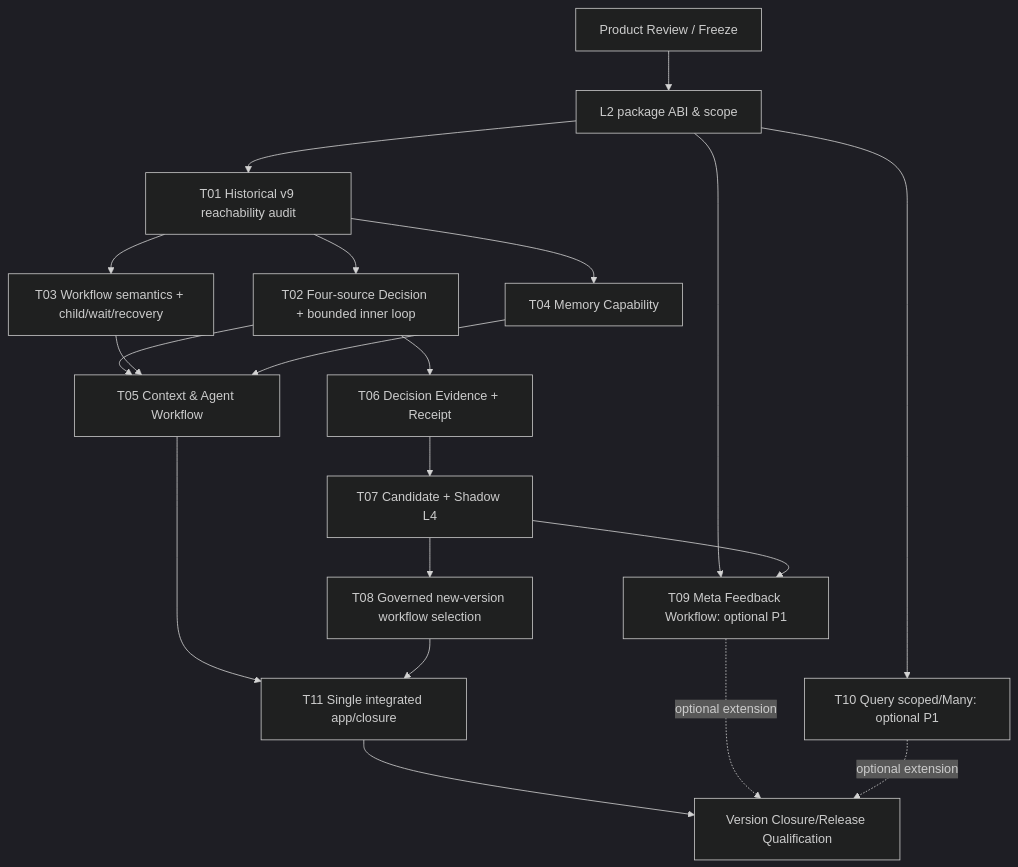
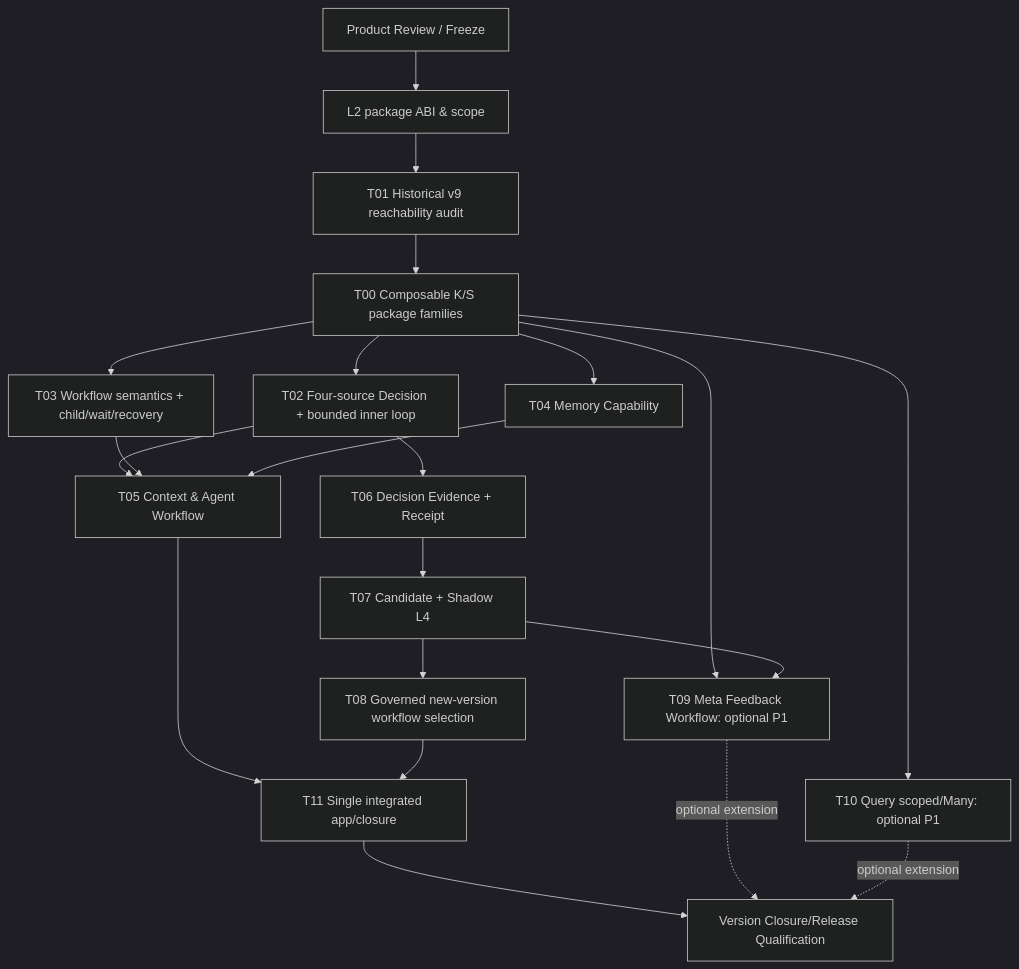
Before and after one commit to kaicreator-mm/domain-harness: the diagram in docs/implementation/DomainHarness_v0.10_TASK_DAG_PROPOSAL.md, drawn with Mermaid (dark theme). The commit also changed other lines of this file, not shown here.

````diff
--- a/docs/implementation/DomainHarness_v0.10_TASK_DAG_PROPOSAL.md
+++ b/docs/implementation/DomainHarness_v0.10_TASK_DAG_PROPOSAL.md
@@ -9,22 +9,23 @@
 ```mermaid
 flowchart TD
   P[Product Review / Freeze] --> A[L2 package ABI & scope]
   A --> B[T01 Historical v9 reachability audit]
-  B --> C[T02 Four-source Decision + bounded inner loop]
-  B --> D[T03 Workflow semantics + child/wait/recovery]
-  B --> E[T04 Memory Capability]
+  B --> Z[T00 Composable K/S package families]
+  Z --> C[T02 Four-source Decision + bounded inner loop]
+  Z --> D[T03 Workflow semantics + child/wait/recovery]
+  Z --> E[T04 Memory Capability]
   C --> F[T05 Context & Agent Workflow]
   D --> F
   E --> F
   C --> G[T06 Decision Evidence + Receipt]
   G --> H[T07 Candidate + Shadow L4]
   H --> I[T08 Governed new-version workflow selection]
   F --> J[T11 Single integrated app/closure]
   I --> J
   J --> K[Version Closure/Release Qualification]
-  A --> L[T09 Meta Feedback Workflow: optional P1]
+  Z --> L[T09 Meta Feedback Workflow: optional P1]
   H --> L
-  A --> M[T10 Query scoped/Many: optional P1]
+  Z --> M[T10 Query scoped/Many: optional P1]
   L -. optional extension .-> K
   M -. optional extension .-> K
 ```
````
